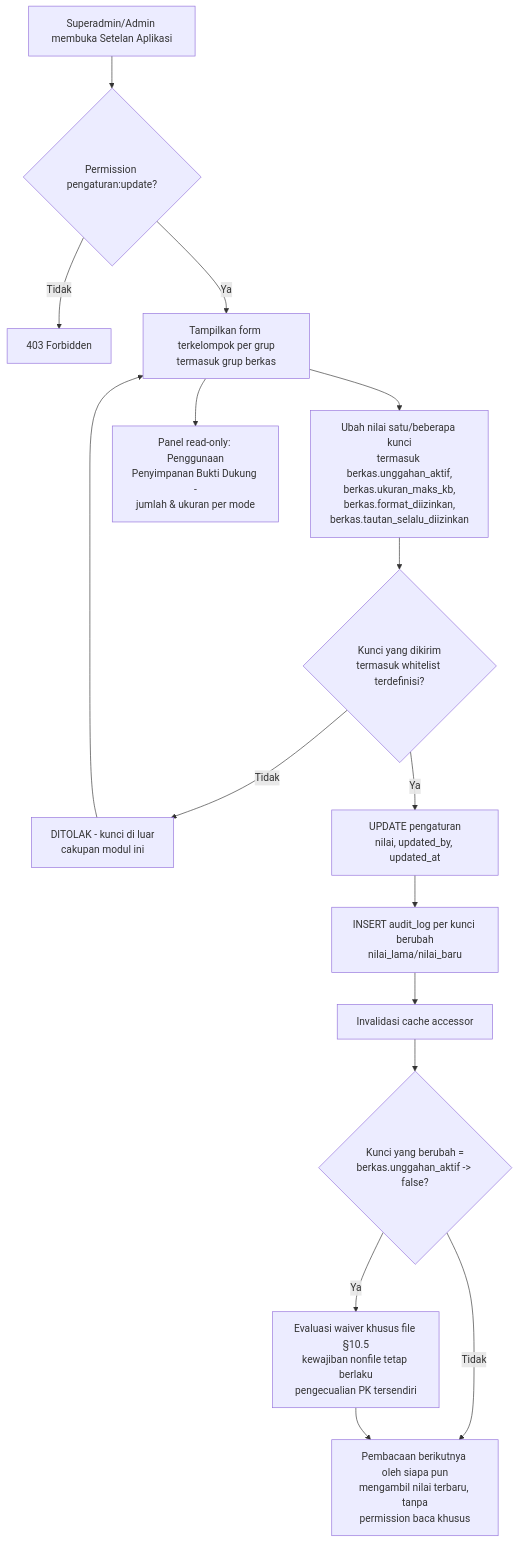
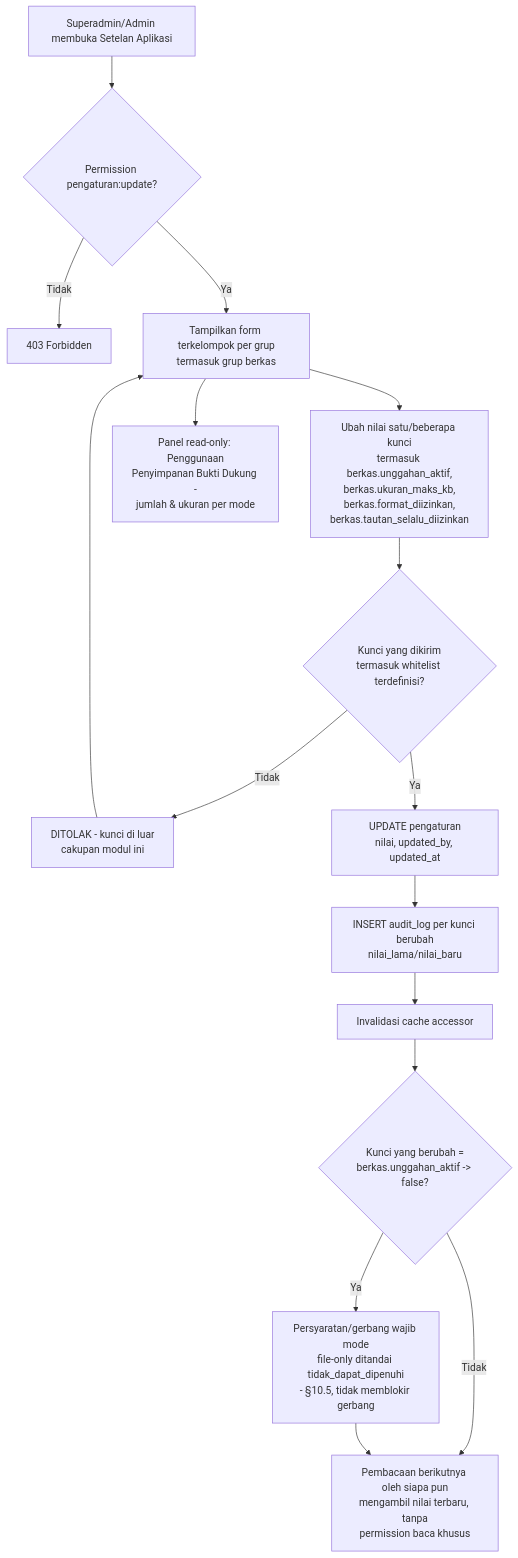
Diagram 18 of 22 in document/SAKIP - Workflow.md (LLDIKTI-XVI-TEAM/SAKIP), drawn with Mermaid before and after one commit. The commit also changed other lines of this file and 7 other files, not shown here.

````diff
--- a/document/SAKIP - Workflow.md
+++ b/document/SAKIP - Workflow.md
@@ -1469,18 +1452,18 @@
 ```mermaid
 flowchart TD
     A[Superadmin/Admin membuka Setelan Aplikasi] --> B{Permission pengaturan:update?}
     B -- Tidak --> C[403 Forbidden]
     B -- Ya --> D[Tampilkan form terkelompok per grup\ntermasuk grup berkas]
     D --> E[Ubah nilai satu/beberapa kunci\ntermasuk berkas.unggahan_aktif,\nberkas.ukuran_maks_kb,\nberkas.format_diizinkan,\nberkas.tautan_selalu_diizinkan]
     E --> F{Kunci yang dikirim\ntermasuk whitelist terdefinisi?}
     F -- Tidak --> G[DITOLAK - kunci di luar\ncakupan modul ini]
     G --> D
     F -- Ya --> H[UPDATE pengaturan\nnilai, updated_by, updated_at]
     H --> I[INSERT audit_log per kunci berubah\nnilai_lama/nilai_baru]
     I --> J[Invalidasi cache accessor]
     J --> K{Kunci yang berubah =\nberkas.unggahan_aktif -> false?}
-    K -- Ya --> L[Evaluasi waiver khusus file §10.5\nkewajiban nonfile tetap berlaku\npengecualian PK tersendiri]
+    K -- Ya --> L[Persyaratan/gerbang wajib mode\nfile-only ditandai tidak_dapat_dipenuhi\n- §10.5, tidak memblokir gerbang]
     K -- Tidak --> M[Pembacaan berikutnya oleh siapa pun\nmengambil nilai terbaru, tanpa\npermission baca khusus]
     L --> M
     D --> N[Panel read-only: Penggunaan\nPenyimpanan Bukti Dukung -\njumlah & ukuran per mode]
 ```
````
